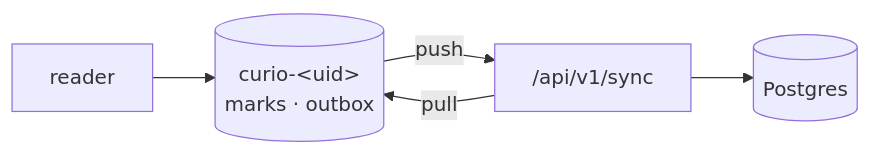
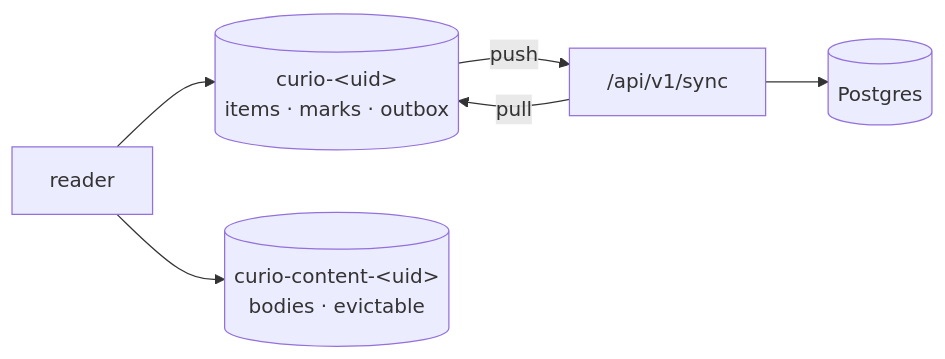
The fifth of 5 diagrams in ARCHITECTURE.md (SouravInsights/curio), drawn with Mermaid before and after one commit. The commit also changed other lines of this file and 1 other file, not shown here.

First line of the commit message:
docs: the content cache is built

````diff
--- a/ARCHITECTURE.md
+++ b/ARCHITECTURE.md
@@ -180,7 +181,8 @@
 ```mermaid
 flowchart LR
-    UI["reader"] --> IDB[("curio-&lt;uid&gt;<br/>marks · outbox")]
+    UI["reader"] --> IDB[("curio-&lt;uid&gt;<br/>items · marks · outbox")]
+    UI --> CACHE[("curio-content-&lt;uid&gt;<br/>bodies · evictable")]
     IDB -->|push| API["/api/v1/sync"]
     API -->|pull| IDB
     API --> PG[("Postgres")]
 ```
````
